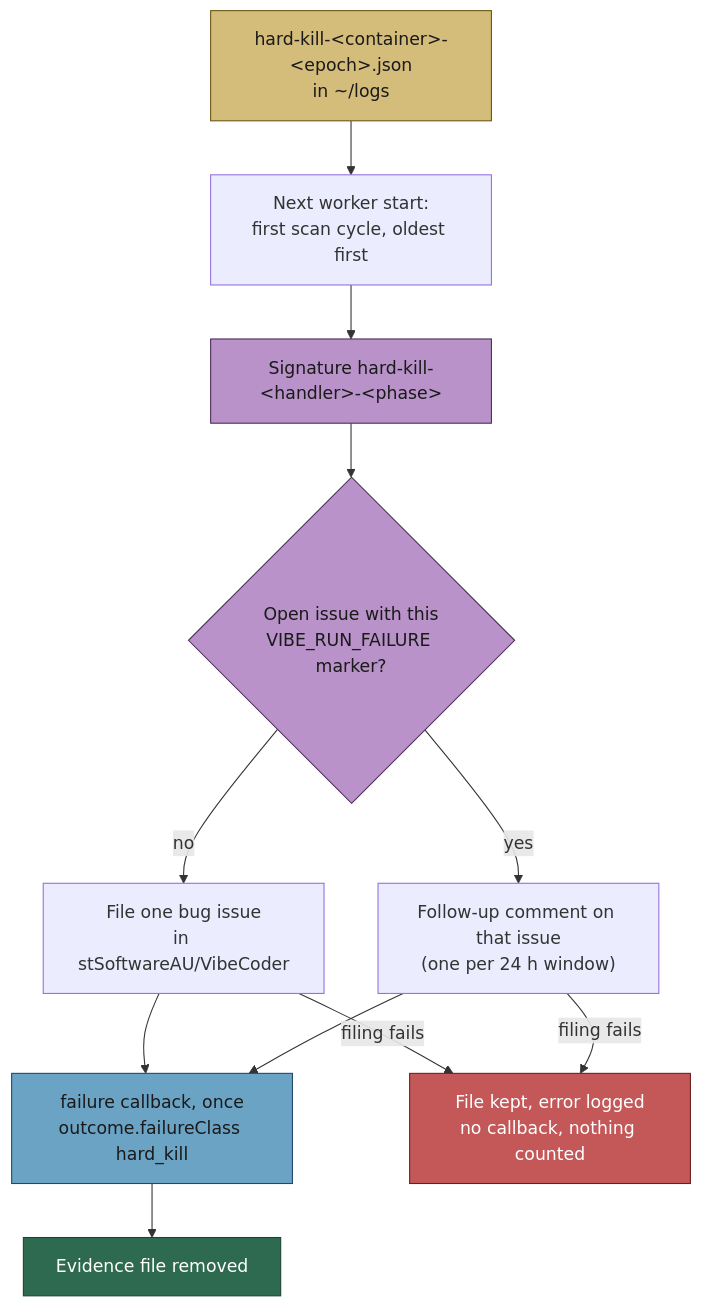
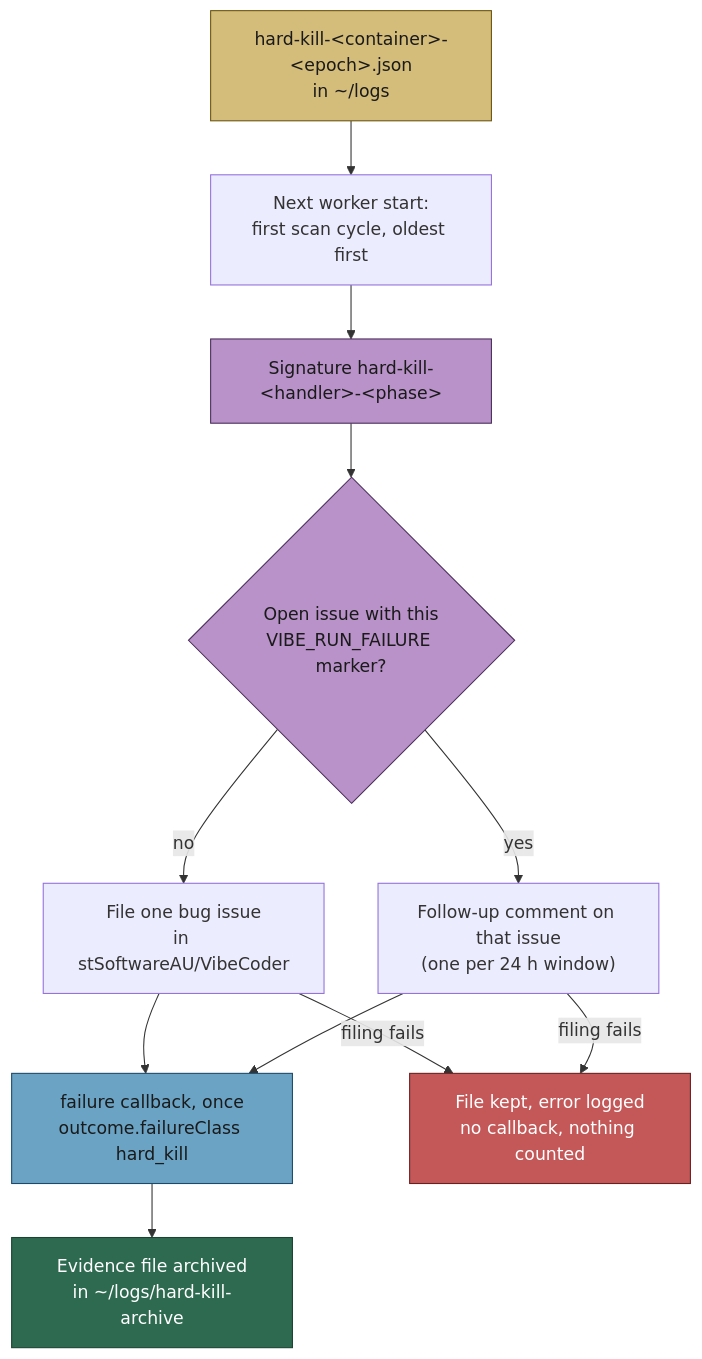
One commit to stSoftwareAU/VibeCoder changed the sixth of 6 diagrams in docs/CALLBACKS.md. Above: the diagram before and after it, drawn with Mermaid. The commit also changed other lines of this file and 3 other files, not shown here.

First line of the commit message:
Post only facts in hard-kill issues, and dedup repeats within a pass

````diff
--- a/docs/CALLBACKS.md
+++ b/docs/CALLBACKS.md
@@ -409,19 +409,19 @@
 ```mermaid
 flowchart TD
   E["hard-kill-&lt;container&gt;-&lt;epoch&gt;.json<br/>in ~/logs"] --> S["Next worker start:<br/>first scan cycle, oldest first"]
   S --> G["Signature hard-kill-&lt;handler&gt;-&lt;phase&gt;"]
   G --> Q{"Open issue with this<br/>VIBE_RUN_FAILURE marker?"}
   Q -- no --> N["File one bug issue<br/>in stSoftwareAU/VibeCoder"]
   Q -- yes --> C["Follow-up comment on that issue<br/>(one per 24 h window)"]
   N --> R["failure callback, once<br/>outcome.failureClass hard_kill"]
   C --> R
-  R --> X["Evidence file removed"]
+  R --> X["Evidence file archived<br/>in ~/logs/hard-kill-archive"]
   N -- filing fails --> K["File kept, error logged<br/>no callback, nothing counted"]
   C -- filing fails --> K
   style E fill:#d4bc7a,stroke:#6b5510,color:#1a1a1a
   style G fill:#b892c8,stroke:#4a2d5a,color:#1a1a1a
   style Q fill:#b892c8,stroke:#4a2d5a,color:#1a1a1a
   style R fill:#6ba3c4,stroke:#1d4a6a,color:#1a1a1a
   style X fill:#2d6a4f,stroke:#1b4332,color:#fff
   style K fill:#c45858,stroke:#6b2020,color:#fff
 ```
````
